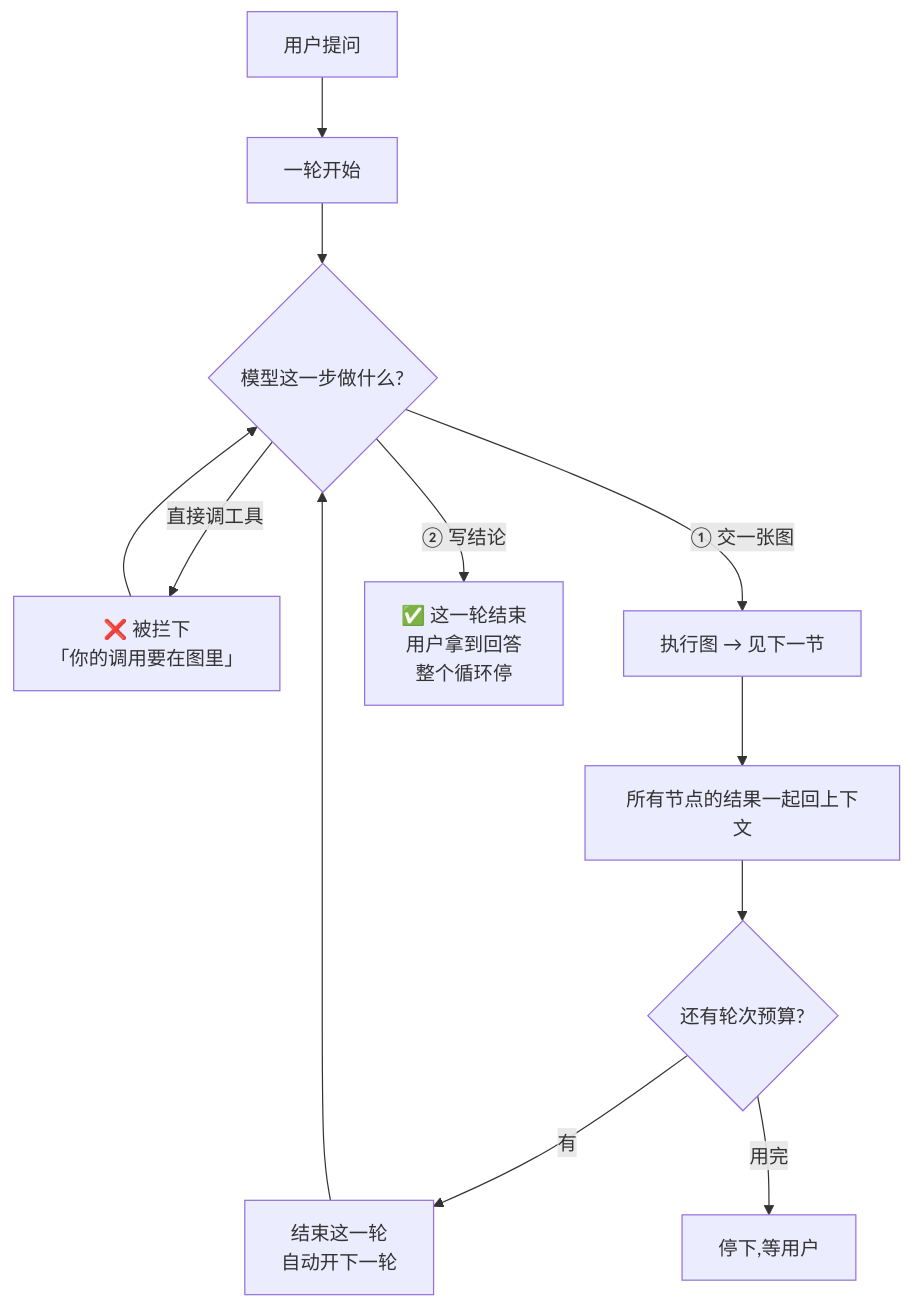
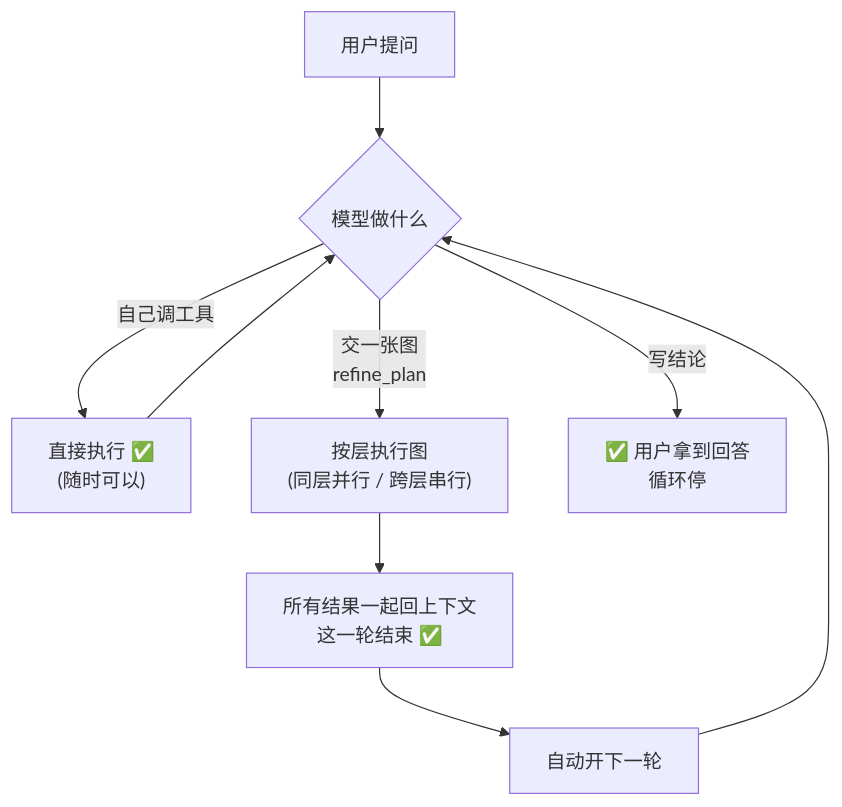
Before and after one commit to zyn19940107/dsh-conductor: the first of 4 diagrams in README.md, drawn with Mermaid. The commit also changed other lines of this file and 13 other files, not shown here.

Commit message:
清理:删掉闸门/图内续片/死配置,只留 refine_plan + 轮次预算;README 重写

````diff
--- a/README.md
+++ b/README.md
@@ -16,14 +14,11 @@
 ```mermaid
 flowchart TD
-    U["用户提问"] --> S["一轮开始"]
-    S --> D{"模型这一步做什么?"}
-    D -->|"直接调工具"| X["❌ 被拦下<br/>「你的调用要在图里」"]
-    X --> D
-    D -->|"① 交一张图"| P["执行图 → 见下一节"]
-    D -->|"② 写结论"| E["✅ 这一轮结束<br/>用户拿到回答<br/>整个循环停"]
-    P --> R["所有节点的结果一起回上下文"]
-    R --> Q{"还有轮次预算?"}
-    Q -->|"有"| N["结束这一轮<br/>自动开下一轮"]
+    U["用户提问"] --> D{"模型做什么"}
+    D -->|"自己调工具"| T["直接执行 ✅<br/>(随时可以)"]
+    T --> D
+    D -->|"交一张图<br/>refine_plan"| P["按层执行图<br/>(同层并行 / 跨层串行)"]
+    P --> R["所有结果一起回上下文<br/>这一轮结束 ✅"]
+    R --> N["自动开下一轮"]
     N --> D
-    Q -->|"用完"| W["停下,等用户"]
+    D -->|"写结论"| E["✅ 用户拿到回答<br/>循环停"]
 ```
````
